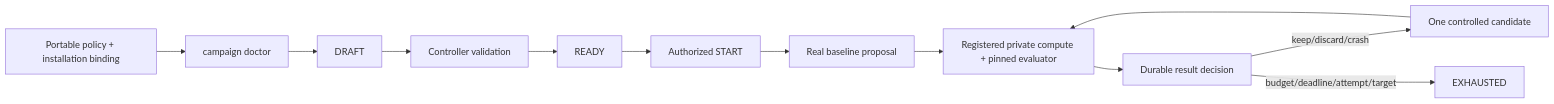
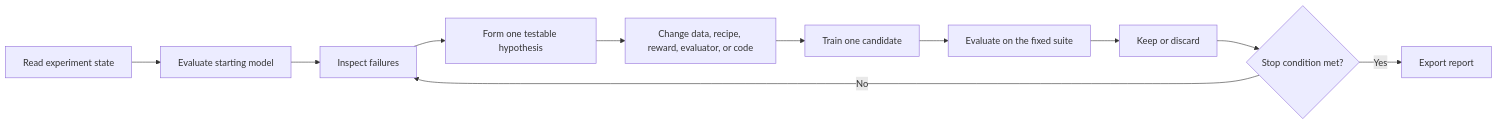
The diagram in docs/training/autoresearch-campaign.md (GhostPeony/bashgym), drawn with Mermaid before and after one commit. The commit also changed other lines of this file and 155 other files, not shown here.

````diff
--- a/docs/training/autoresearch-campaign.md
+++ b/docs/training/autoresearch-campaign.md
@@ -184,14 +8,13 @@
 ```mermaid
 flowchart LR
-  A["Portable policy + installation binding"] --> B["campaign doctor"]
-  B --> C["DRAFT"]
-  C --> D["Controller validation"]
-  D --> E["READY"]
-  E --> F["Authorized START"]
-  F --> G["Real baseline proposal"]
-  G --> H["Registered private compute + pinned evaluator"]
-  H --> I["Durable result decision"]
-  I -->|"keep/discard/crash"| J["One controlled candidate"]
-  J --> H
-  I -->|"budget/deadline/attempt/target"| K["EXHAUSTED"]
+    A["Read experiment state"] --> B["Evaluate starting model"]
+    B --> C["Inspect failures"]
+    C --> D["Form one testable hypothesis"]
+    D --> E["Change data, recipe, reward, evaluator, or code"]
+    E --> F["Train one candidate"]
+    F --> G["Evaluate on the fixed suite"]
+    G --> H["Keep or discard"]
+    H --> I{"Stop condition met?"}
+    I -->|No| C
+    I -->|Yes| J["Export report"]
 ```
````
